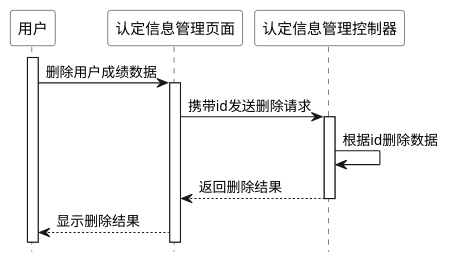
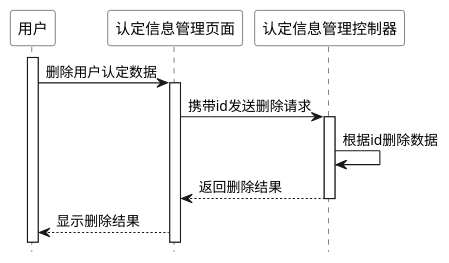
Before and after one commit to coderyjc/certificate_analysis: the diagram in resouces/drawio/UML_Sequence/manage/identification/delete.puml, drawn with PlantUML. The commit also changed 68 other files, not shown here.

```diff
--- a/resouces/drawio/UML_Sequence/manage/identification/delete.puml
+++ b/resouces/drawio/UML_Sequence/manage/identification/delete.puml
@@ -1,28 +1,28 @@
 @startuml written_delete
 
 hide footbox
 skinparam sequence {
   ParticipantBackgroundColor #ffffff
   ParticipantFontColor #000000
 }
 
 participant 用户
 participant 认定信息管理页面
 participant 认定信息管理控制器
 
 
 activate 用户
-用户 -> 认定信息管理页面: 删除用户成绩数据
+用户 -> 认定信息管理页面: 删除用户认定数据
 activate 认定信息管理页面
 
 认定信息管理页面 -> 认定信息管理控制器: 携带id发送删除请求
 activate 认定信息管理控制器
 
 认定信息管理控制器 -> 认定信息管理控制器: 根据id删除数据
 
 认定信息管理控制器 --> 认定信息管理页面: 返回删除结果
 deactivate 认定信息管理控制器
 
 认定信息管理页面 --> 用户: 显示删除结果
 
 @enduml
```
